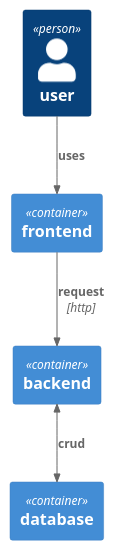
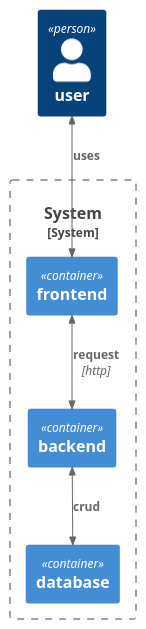
Before and after one commit to murat/drone-ci-arch-repo-test: the diagram in test.puml, drawn with PlantUML. The commit also changed 1 other file, not shown here.

Commit message:
add boundary and gitignore

```diff
--- a/test.puml
+++ b/test.puml
@@ -1,14 +1,16 @@
 @startuml test
 
 !include https://raw.githubusercontent.com/plantuml-stdlib/C4-PlantUML/master/C4_Container.puml
 
 Person(user, "user", "")
-Container(fe, "frontend", "")
-Container(be, "backend", "")
-Container(db, "database", "")
+System_Boundary(system, "System", "") {
+    Container(fe, "frontend", "")
+    Container(be, "backend", "")
+    Container(db, "database", "")
+}
 
-Rel(user, fe, "uses")
-Rel(fe, be, "request", "http")
+BiRel(user, fe, "uses")
+BiRel(fe, be, "request", "http")
 BiRel(be, db, "crud")
 
 @enduml
```
